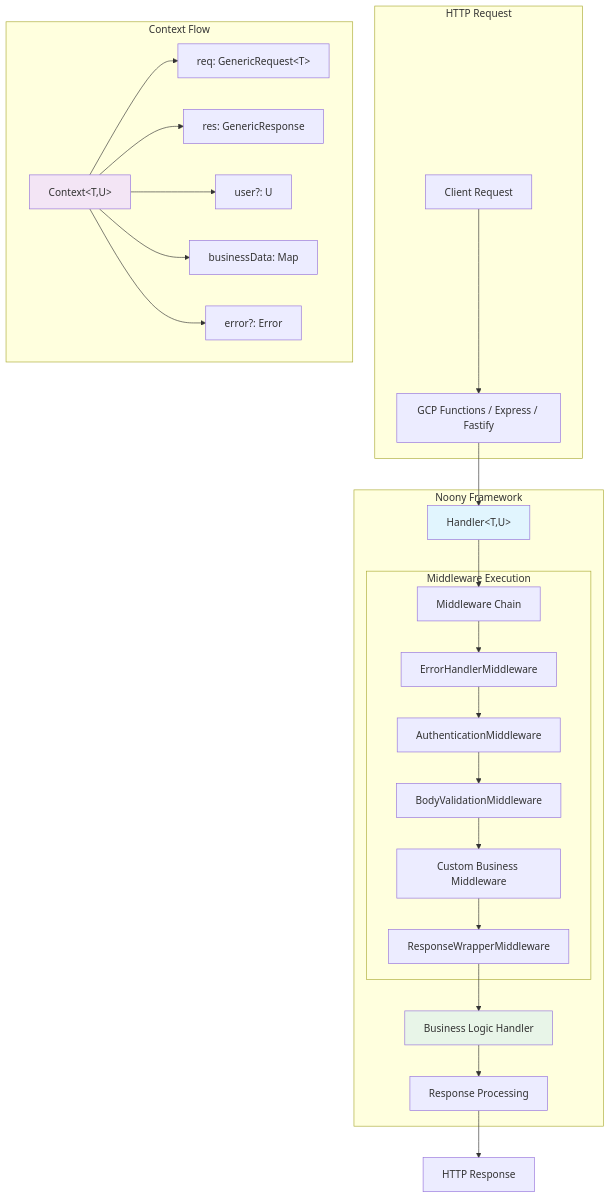
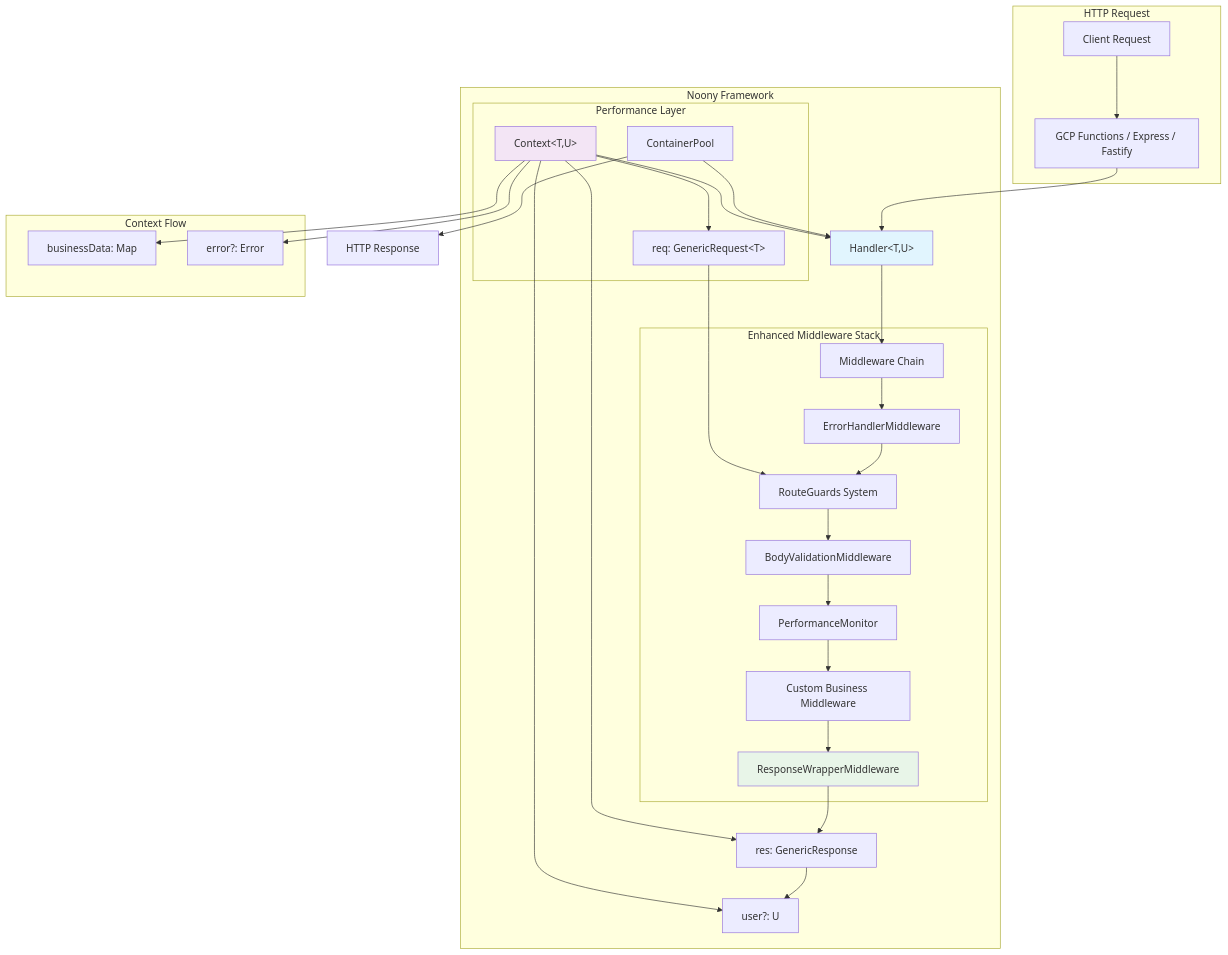
The second of 8 diagrams in USE_ME.md (noony-serverless/noony-core), drawn with Mermaid before and after one commit. The commit also changed other lines of this file and 154 other files, not shown here.

````diff
--- a/USE_ME.md
+++ b/USE_ME.md
@@ -40,36 +346,46 @@
 ```mermaid
 graph TB
     subgraph "HTTP Request"
         A[Client Request] --> B[GCP Functions / Express / Fastify]
     end
     
     subgraph "Noony Framework"
         B --> C[Handler&lt;T,U&gt;]
         C --> D[Middleware Chain]
         
-        subgraph "Middleware Execution"
+        subgraph "Enhanced Middleware Stack"
             D --> E[ErrorHandlerMiddleware]
-            E --> F[AuthenticationMiddleware]
+            E --> F[RouteGuards System]
             F --> G[BodyValidationMiddleware]
-            G --> H[Custom Business Middleware]
-            H --> I[ResponseWrapperMiddleware]
+            G --> H[PerformanceMonitor]
+            H --> I[Custom Business Middleware]
+            I --> J[ResponseWrapperMiddleware]
         end
         
-        I --> J[Business Logic Handler]
-        J --> K[Response Processing]
+        subgraph "Performance Layer"
+            K[ContainerPool]
+            L[ObjectPoolLogger] 
+            M[CacheAdapter]
+        end
+        
+        J --> N[Business Logic Handler]
+        N --> O[Response Processing]
+        K --> C
+        L --> C
+        M --> F
     end
     
     subgraph "Context Flow"
         L[Context&lt;T,U&gt;] --> M[req: GenericRequest&lt;T&gt;]
         L --> N[res: GenericResponse]
         L --> O[user?: U]
         L --> P[businessData: Map]
         L --> Q[error?: Error]
     end
     
     K --> R[HTTP Response]
     
     style C fill:#e1f5fe
     style L fill:#f3e5f5
     style J fill:#e8f5e8
 ```
````
